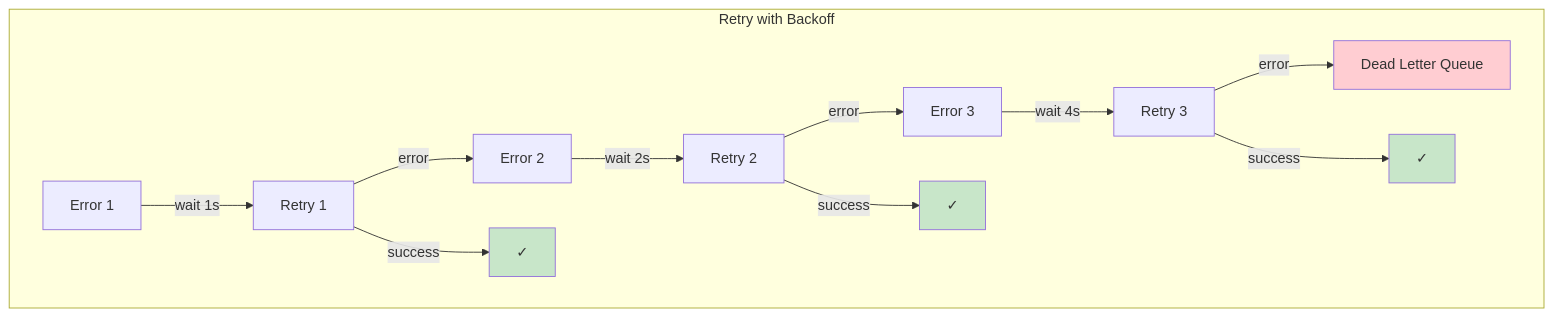
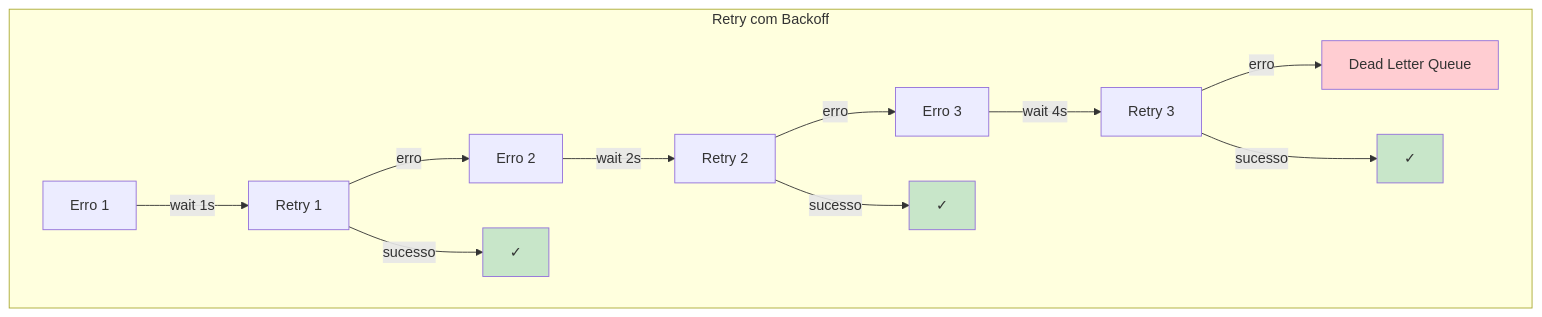
The second of 2 diagrams in docs/31-workers.md (SorPuti/core-framework), drawn with Mermaid before and after one commit. The commit also changed other lines of this file and 22 other files, not shown here.

````diff
--- a/docs/31-workers.md
+++ b/docs/31-workers.md
@@ -39,20 +39,20 @@
 ```mermaid
 flowchart TB
-    subgraph "Retry with Backoff"
-        E1[Error 1] --> |wait 1s| R1[Retry 1]
-        R1 --> |error| E2[Error 2]
+    subgraph "Retry com Backoff"
+        E1[Erro 1] --> |wait 1s| R1[Retry 1]
+        R1 --> |erro| E2[Erro 2]
         E2 --> |wait 2s| R2[Retry 2]
-        R2 --> |error| E3[Error 3]
+        R2 --> |erro| E3[Erro 3]
         E3 --> |wait 4s| R3[Retry 3]
-        R3 --> |error| DLQ[Dead Letter Queue]
+        R3 --> |erro| DLQ[Dead Letter Queue]
         
-        R1 --> |success| OK1[✓]
-        R2 --> |success| OK2[✓]
-        R3 --> |success| OK3[✓]
+        R1 --> |sucesso| OK1[✓]
+        R2 --> |sucesso| OK2[✓]
+        R3 --> |sucesso| OK3[✓]
     end
     
     style DLQ fill:#ffcdd2
     style OK1 fill:#c8e6c9
     style OK2 fill:#c8e6c9
     style OK3 fill:#c8e6c9
 ```
````
